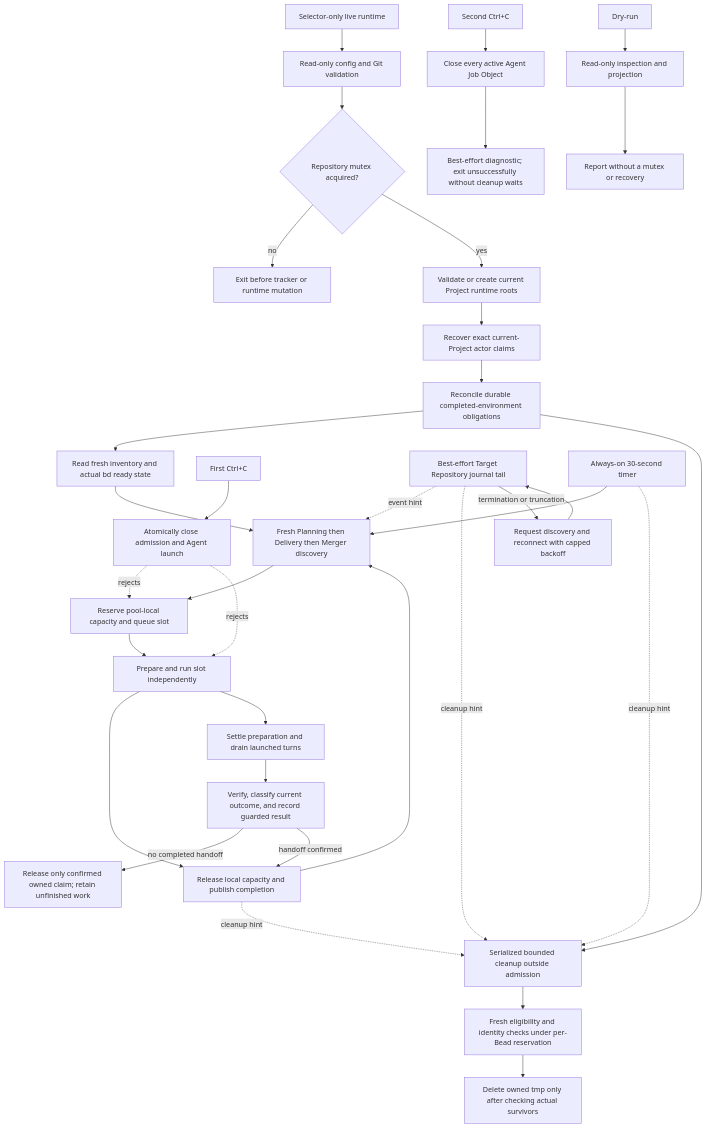
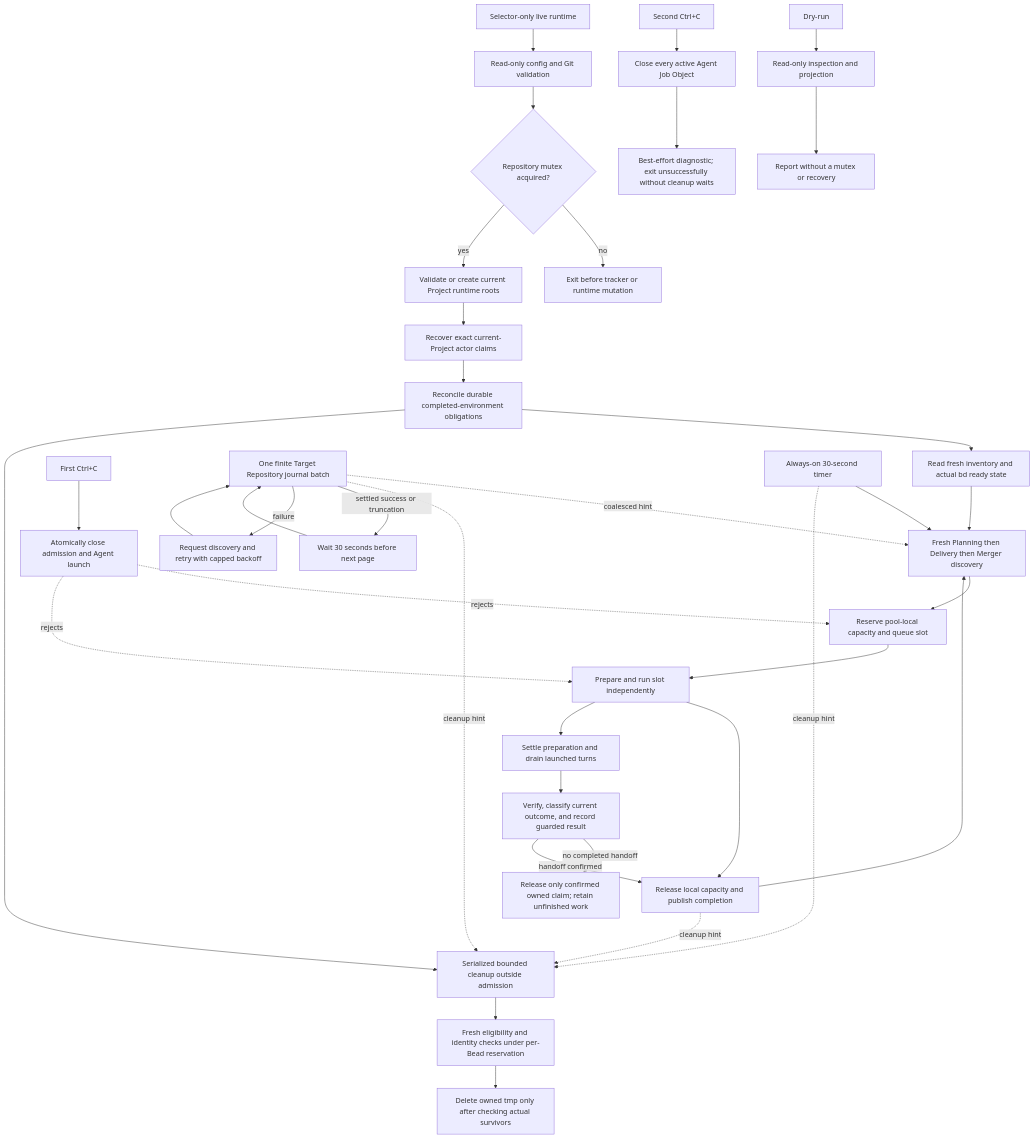
Before and after one commit to mgasparel/nightweaver: the third of 3 diagrams in SPEC.md, drawn with Mermaid. The commit also changed other lines of this file and 10 other files, not shown here.

Commit message:
Bound Beads journal replay with finite hint batches (#61)

````diff
--- a/SPEC.md
+++ b/SPEC.md
@@ -236,36 +236,38 @@
 ```mermaid
 flowchart TD
     Live[Selector-only live runtime] --> Validate[Read-only config and Git validation]
     Validate --> Mutex{Repository mutex acquired?}
     Mutex -- no --> Loser[Exit before tracker or runtime mutation]
     Mutex -- yes --> Roots[Validate or create current Project runtime roots]
     Roots --> Recovery[Recover exact current-Project actor claims]
     Recovery --> Reconcile[Reconcile durable completed-environment obligations]
     Reconcile --> Actual[Read fresh inventory and actual bd ready state]
     Reconcile --> Cleanup[Serialized bounded cleanup outside admission]
     Cleanup --> Remove[Fresh eligibility and identity checks under per-Bead reservation]
     Remove --> Tmp[Delete owned tmp only after checking actual survivors]
     Actual --> Discover[Fresh Planning then Delivery then Merger discovery]
     Discover --> Reserve[Reserve pool-local capacity and queue slot]
     Reserve --> Slot[Prepare and run slot independently]
     Slot --> Complete[Release local capacity and publish completion]
     Complete --> Discover
     Complete -. cleanup hint .-> Cleanup
     FirstStop[First Ctrl+C] --> StopGate[Atomically close admission and Agent launch]
     StopGate -. rejects .-> Reserve
     StopGate -. rejects .-> Slot
     Slot --> Drain[Settle preparation and drain launched turns]
     Drain --> Record[Verify, classify current outcome, and record guarded result]
     Record -->|no completed handoff| Finalize[Release only confirmed owned claim; retain unfinished work]
     Record -->|handoff confirmed| Complete
     SecondStop[Second Ctrl+C] --> ForceClose[Close every active Agent Job Object]
     ForceClose --> ForceExit[Best-effort diagnostic; exit unsuccessfully without cleanup waits]
-    JournalTail[Best-effort Target Repository journal tail] -. event hint .-> Discover
-    JournalTail -. cleanup hint .-> Cleanup
-    JournalTail -->|termination or truncation| Reconnect[Request discovery and reconnect with capped backoff]
-    Reconnect --> JournalTail
+    JournalBatch[One finite Target Repository journal batch] -. coalesced hint .-> Discover
+    JournalBatch -. cleanup hint .-> Cleanup
+    JournalBatch -->|settled success or truncation| JournalDelay[Wait 30 seconds before next page]
+    JournalDelay --> JournalBatch
+    JournalBatch -->|failure| Reconnect[Request discovery and retry with capped backoff]
+    Reconnect --> JournalBatch
     Timer[Always-on 30-second timer] --> Discover
     Timer -. cleanup hint .-> Cleanup
     DryRun[Dry-run] --> Inspect[Read-only inspection and projection]
     Inspect --> Report[Report without a mutex or recovery]
 ```
````
